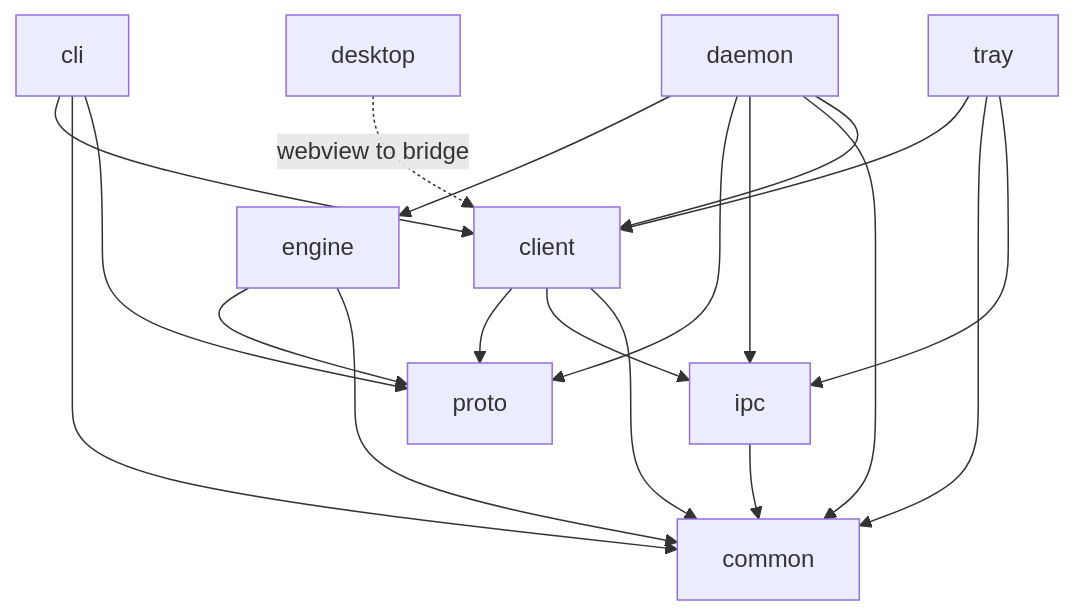
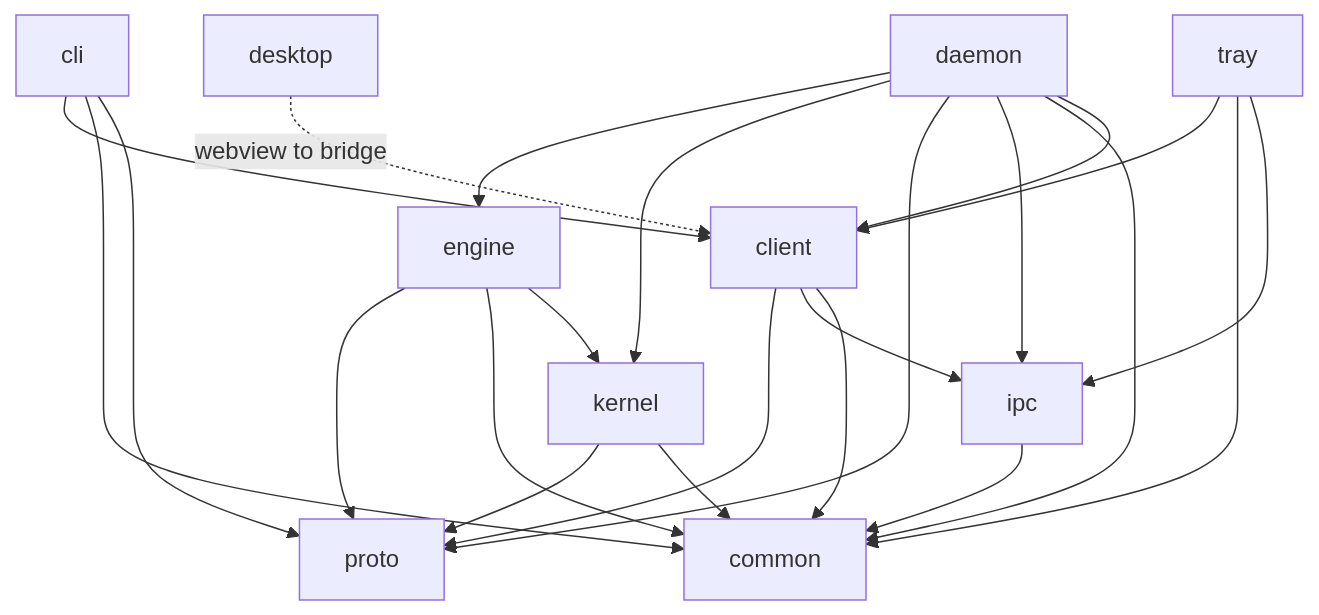
The second of 3 diagrams in docs/architecture.md (prytaneum/hestia), drawn with Mermaid before and after one commit. The commit also changed other lines of this file and 43 other files, not shown here.

````diff
--- a/docs/architecture.md
+++ b/docs/architecture.md
@@ -43,10 +43,11 @@
 ```mermaid
 flowchart TD
     client --> proto & ipc & common
     ipc --> common
-    engine --> proto & common
+    kernel --> proto & common
+    engine --> proto & common & kernel
     cli --> client & common & proto
-    daemon --> engine & proto & ipc & common & client
+    daemon --> engine & kernel & proto & ipc & common & client
     tray --> client & common & ipc
     desktop -.->|"webview to bridge"| client
 ```
````
